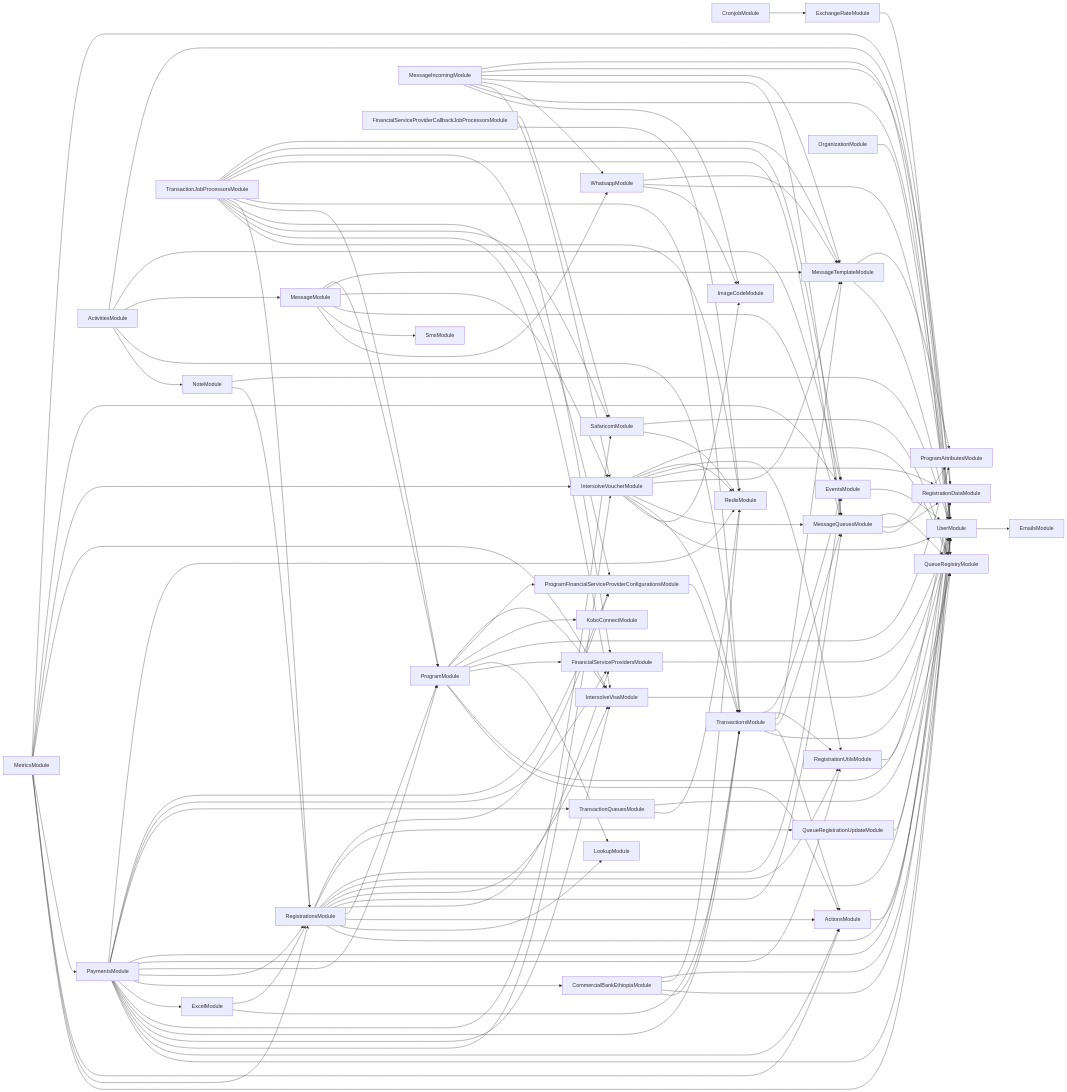
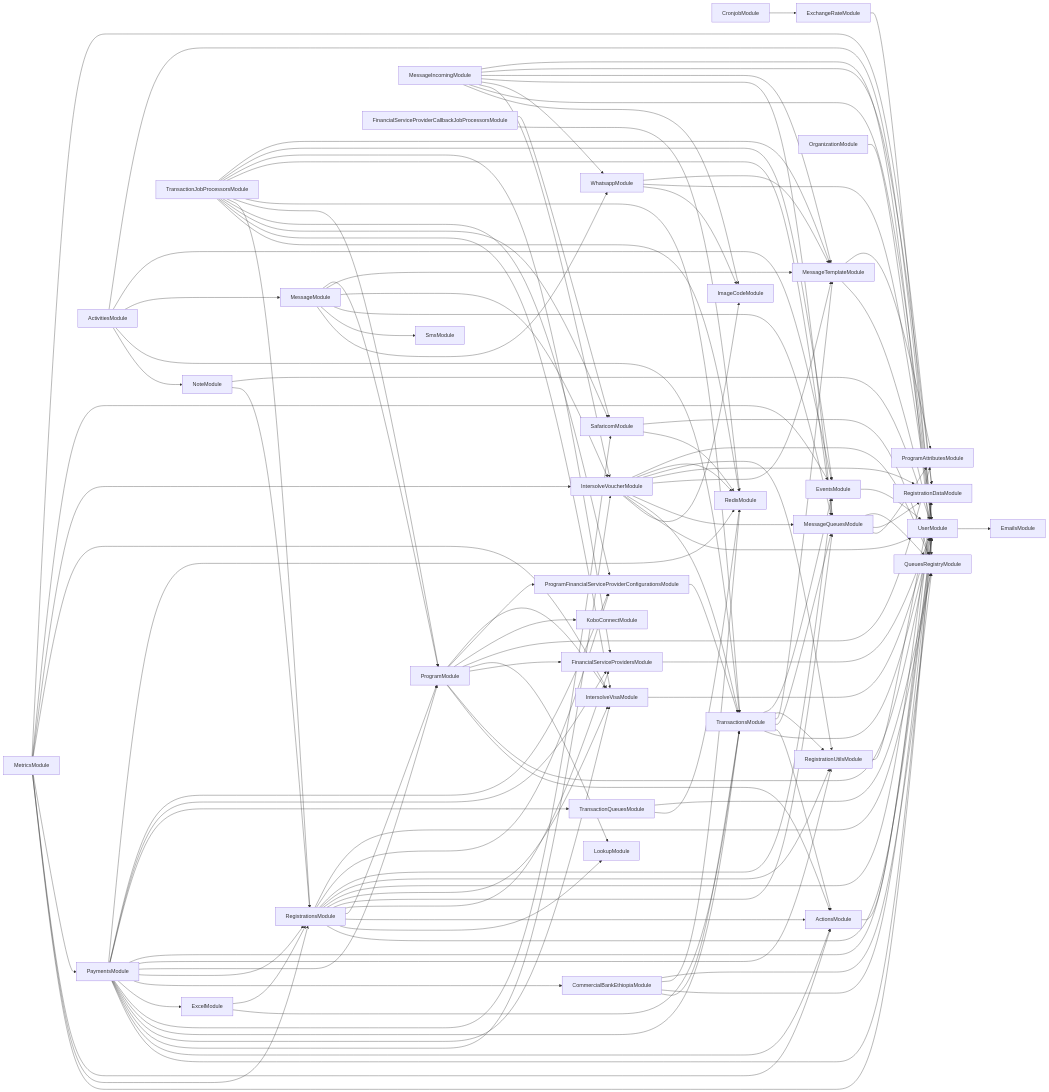
One commit to global-121/121-platform changed the diagram in services/121-service/module-dependencies.md. Above: the diagram before and after it, drawn with Mermaid. The commit also changed 46 other files, not shown here.

First line of the commit message:
refactor: rename queue-registry to queues (#6287)

```diff
--- a/services/121-service/module-dependencies.md
+++ b/services/121-service/module-dependencies.md
@@ -22,7 +22,7 @@
   TransactionsModule-->MessageQueuesModule
   MessageQueuesModule-->ProgramAttributesModule
   MessageQueuesModule-->RegistrationDataModule
-  MessageQueuesModule-->QueueRegistryModule
+  MessageQueuesModule-->QueuesRegistryModule
   TransactionsModule-->MessageTemplateModule
   TransactionsModule-->RegistrationUtilsModule
   RegistrationUtilsModule-->RegistrationDataModule
@@ -46,7 +46,7 @@
   IntersolveVoucherModule-->RegistrationDataModule
   IntersolveVoucherModule-->RegistrationUtilsModule
   IntersolveVoucherModule-->RedisModule
-  IntersolveVoucherModule-->QueueRegistryModule
+  IntersolveVoucherModule-->QueuesRegistryModule
   MessageModule-->MessageTemplateModule
   MessageModule-->ProgramModule
   MetricsModule-->UserModule
@@ -61,9 +61,8 @@
   RegistrationsModule-->RegistrationDataModule
   RegistrationsModule-->RegistrationUtilsModule
   RegistrationsModule-->EventsModule
-  RegistrationsModule-->QueueRegistrationUpdateModule
-  QueueRegistrationUpdateModule-->QueueRegistryModule
   RegistrationsModule-->ProgramFinancialServiceProviderConfigurationsModule
+  RegistrationsModule-->QueuesRegistryModule
   MetricsModule-->ActionsModule
   MetricsModule-->PaymentsModule
   PaymentsModule-->UserModule
@@ -73,7 +72,7 @@
   PaymentsModule-->TransactionsModule
   PaymentsModule-->SafaricomModule
   SafaricomModule-->RedisModule
-  SafaricomModule-->QueueRegistryModule
+  SafaricomModule-->QueuesRegistryModule
   PaymentsModule-->ExcelModule
   ExcelModule-->TransactionsModule
   ExcelModule-->RegistrationsModule
@@ -81,14 +80,14 @@
   CommercialBankEthiopiaModule-->TransactionsModule
   CommercialBankEthiopiaModule-->UserModule
   CommercialBankEthiopiaModule-->RedisModule
-  CommercialBankEthiopiaModule-->QueueRegistryModule
+  CommercialBankEthiopiaModule-->QueuesRegistryModule
   PaymentsModule-->RegistrationsModule
   PaymentsModule-->ProgramModule
   PaymentsModule-->RegistrationUtilsModule
   PaymentsModule-->RegistrationDataModule
   PaymentsModule-->TransactionQueuesModule
   TransactionQueuesModule-->RedisModule
-  TransactionQueuesModule-->QueueRegistryModule
+  TransactionQueuesModule-->QueuesRegistryModule
   PaymentsModule-->FinancialServiceProvidersModule
   PaymentsModule-->ProgramFinancialServiceProviderConfigurationsModule
   PaymentsModule-->RedisModule
@@ -103,7 +102,7 @@
   MessageIncomingModule-->MessageQueuesModule
   MessageIncomingModule-->MessageTemplateModule
   MessageIncomingModule-->RegistrationDataModule
-  MessageIncomingModule-->QueueRegistryModule
+  MessageIncomingModule-->QueuesRegistryModule
   NoteModule-->RegistrationsModule
   NoteModule-->UserModule
   ActivitiesModule-->NoteModule
```
